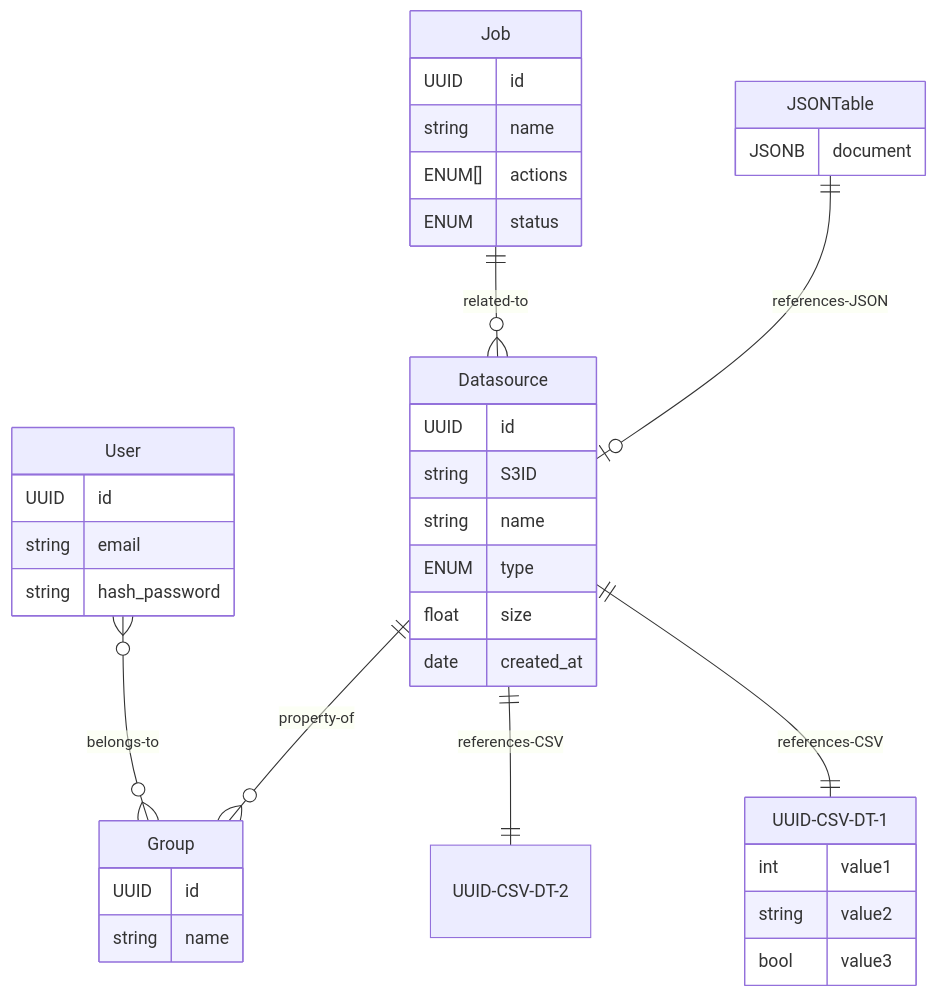
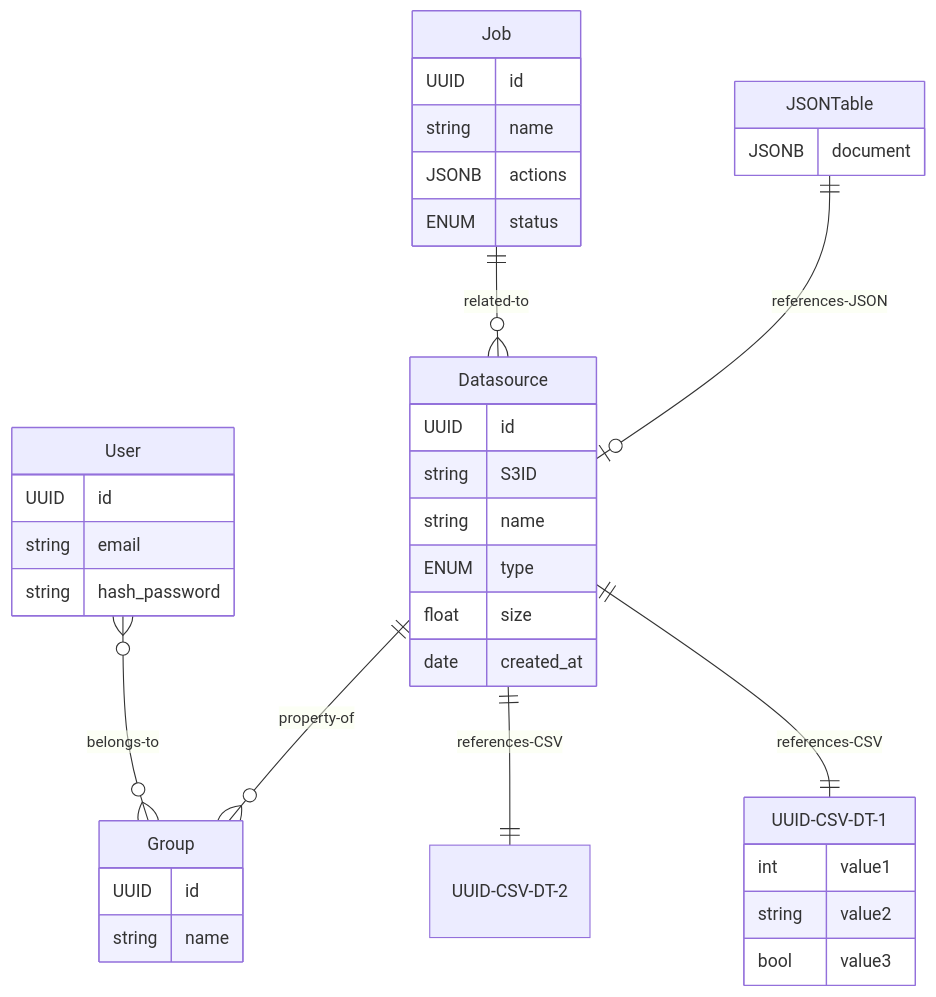
One commit to DO-JENC/data-go-fast changed the diagram in docs/data-go-fast_database-doc.mmd. Above: the diagram before and after it, drawn with Mermaid. The commit also changed 1 other file, not shown here.

Commit message:
fix: changed actions type to JSONB

```diff
--- a/docs/data-go-fast_database-doc.mmd
+++ b/docs/data-go-fast_database-doc.mmd
@@ -1,43 +1,43 @@
 erDiagram
     User {
         UUID id
         string email
         string hash_password
     }
     User }o--o{ Group : belongs-to
     Group {
         UUID id
         string name
     }
 
     Datasource {
         UUID id
         string S3ID
         string name
         ENUM type
         float size
         date created_at
     }
     Datasource ||--|| UUID-CSV-DT-1 : references-CSV
     UUID-CSV-DT-1{
         int value1
         string value2
         bool value3
     }
     Datasource ||--|| UUID-CSV-DT-2 : references-CSV
     UUID-CSV-DT-2{
     }
     JSONTable{
         JSONB document
     }
     JSONTable ||--|o Datasource : references-JSON
     Datasource ||--o{ Group : property-of
 
     Job {
         UUID id
         string name
-        ENUM[] actions
+        JSONB actions
         ENUM status
 
     }
     Job ||--o{ Datasource : related-to
```
